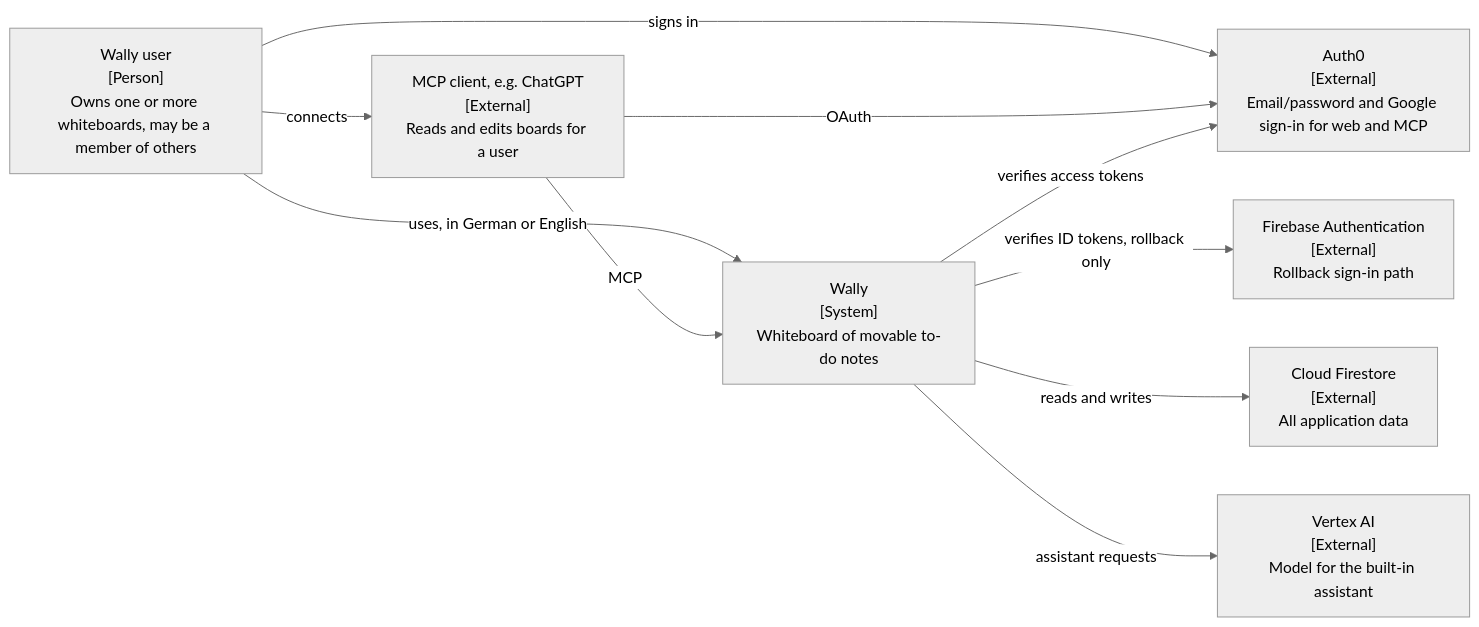
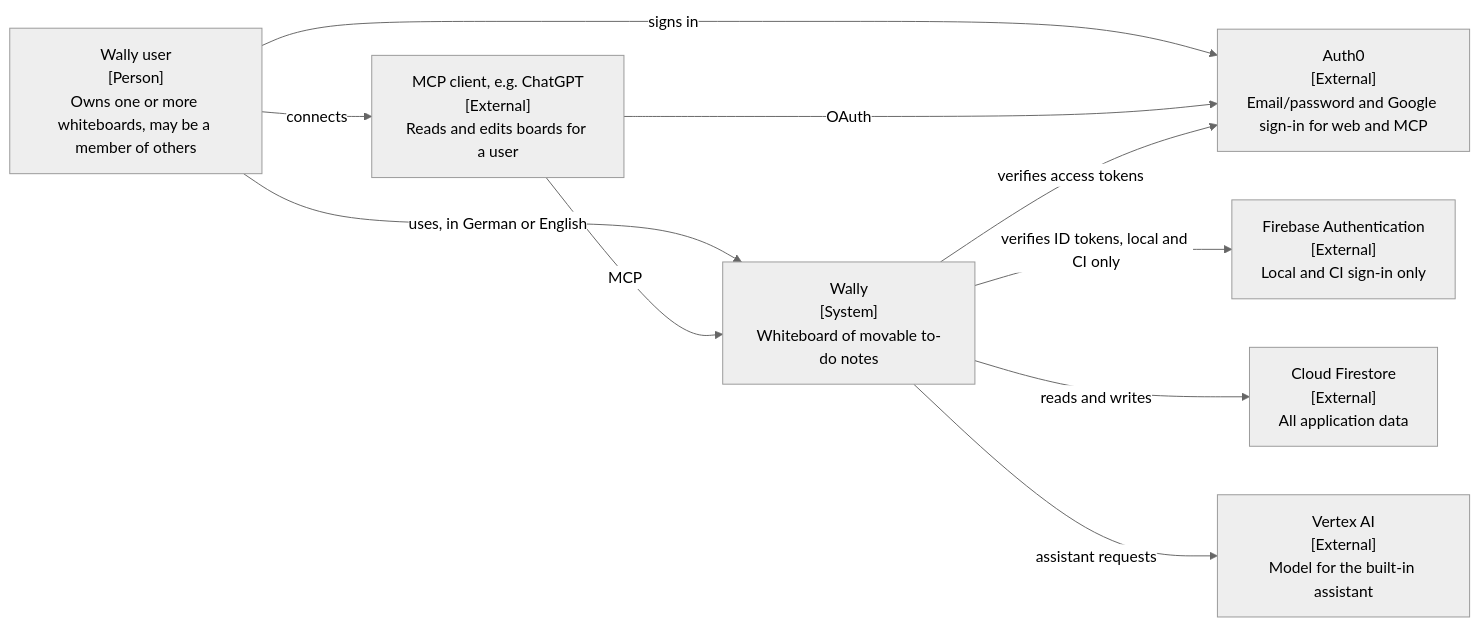
One commit to milad-luminull/wally changed the first of 2 diagrams in docs/architecture/overview.md. Above: the diagram before and after it, drawn with Mermaid (neutral theme). The commit also changed other lines of this file and 212 other files, not shown here.

````diff
--- a/docs/architecture/overview.md
+++ b/docs/architecture/overview.md
@@ -11,19 +11,19 @@
 ```mermaid
 flowchart LR
   user["Wally user<br/>[Person]<br/>Owns one or more whiteboards, may be a member of others"]
   wally["Wally<br/>[System]<br/>Whiteboard of movable to-do notes"]
   host["MCP client, e.g. ChatGPT<br/>[External]<br/>Reads and edits boards for a user"]
   auth0["Auth0<br/>[External]<br/>Email/password and Google sign-in for web and MCP"]
-  fbauth["Firebase Authentication<br/>[External]<br/>Rollback sign-in path"]
+  fbauth["Firebase Authentication<br/>[External]<br/>Local and CI sign-in only"]
   store["Cloud Firestore<br/>[External]<br/>All application data"]
   model["Vertex AI<br/>[External]<br/>Model for the built-in assistant"]
   user -->|uses, in German or English| wally
   user -->|signs in| auth0
   user -->|connects| host
   host -->|OAuth| auth0
   host -->|MCP| wally
   wally -->|verifies access tokens| auth0
-  wally -->|verifies ID tokens, rollback only| fbauth
+  wally -->|verifies ID tokens, local and CI only| fbauth
   wally -->|reads and writes| store
   wally -->|assistant requests| model
 ```
````
